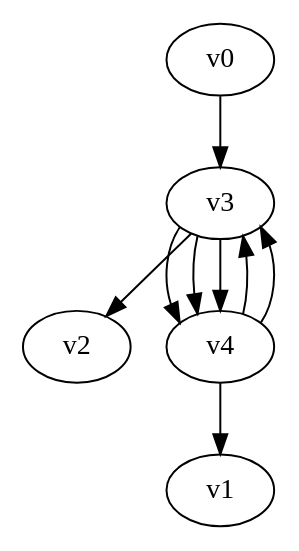
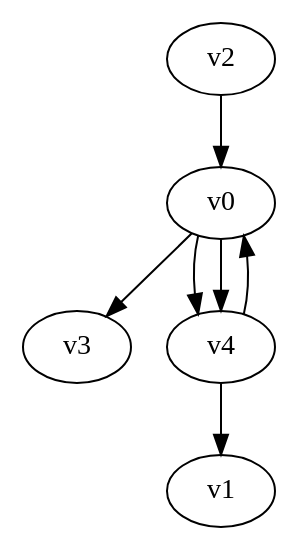
The diagram in digraph.dot (yadej/graph_project), drawn with Graphviz before and after one commit. The commit also changed 2 other files, not shown here.

```diff
--- a/digraph.dot
+++ b/digraph.dot
@@ -1,10 +1,8 @@
 digraph G { 
 v0 -> v3;
-v3 -> v2;
-v3 -> v4;
-v3 -> v4;
-v3 -> v4;
+v0 -> v4;
+v0 -> v4;
+v2 -> v0;
+v4 -> v0;
 v4 -> v1;
-v4 -> v3;
-v4 -> v3;
 }
```
